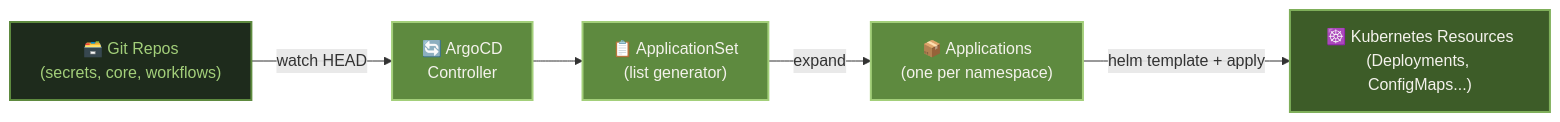
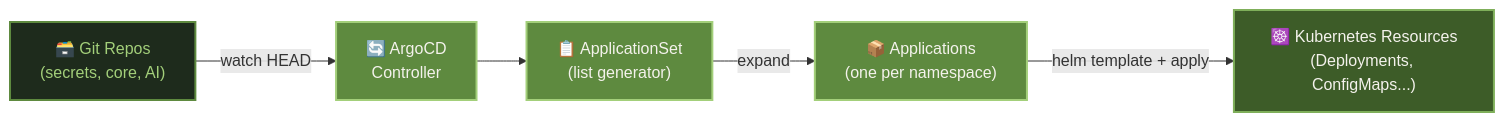
The second of 2 diagrams in docs/services/automation.md (datahub-local/datahub-local), drawn with Mermaid before and after one commit. The commit also changed other lines of this file and 11 other files, not shown here.

````diff
--- a/docs/services/automation.md
+++ b/docs/services/automation.md
@@ -22,17 +91,17 @@
 ```mermaid
 flowchart LR
     classDef git fill:#1e2b1c,color:#A3CF7A,stroke:#5E8A3F,stroke-width:2px
     classDef argo fill:#5E8A3F,color:#F4F2EC,stroke:#A3CF7A,stroke-width:2px
     classDef k8s fill:#3d5c28,color:#F4F2EC,stroke:#7FAF5A,stroke-width:2px
 
-    Git["🗃️ Git Repos\n(secrets, core, workflows)"]:::git
+    Git["🗃️ Git Repos\n(secrets, core, AI)"]:::git
     ArgoCD["🔄 ArgoCD\nController"]:::argo
     AppSet["📋 ApplicationSet\n(list generator)"]:::argo
     Apps["📦 Applications\n(one per namespace)"]:::argo
     K8s["☸️ Kubernetes Resources\n(Deployments, ConfigMaps...)"]:::k8s
 
     Git -->|"watch HEAD"| ArgoCD
     ArgoCD --> AppSet
     AppSet -->|"expand"| Apps
     Apps -->|"helm template + apply"| K8s
 ```
````
